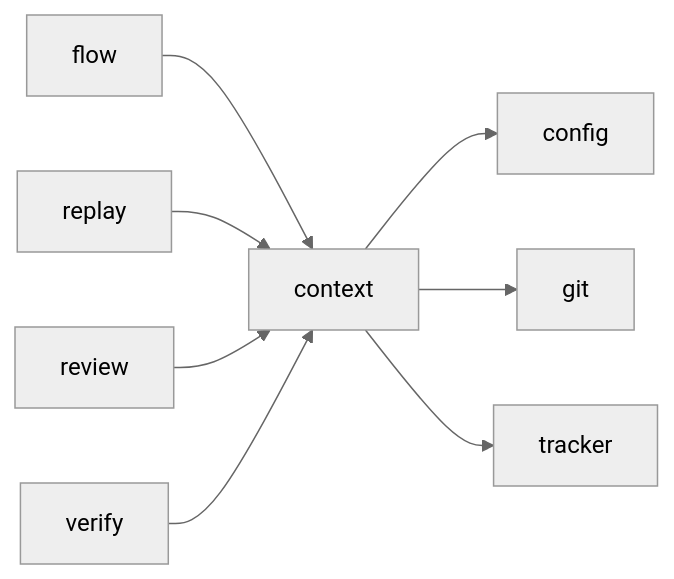
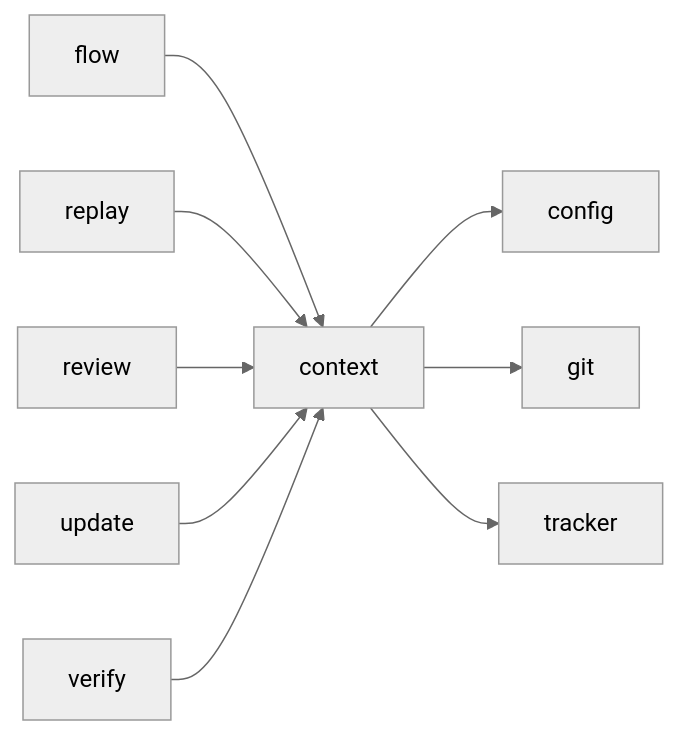
Before and after one commit to plaplanche/ariane: the third of 3 diagrams in docs/architecture/modules/context.md, drawn with Mermaid (neutral theme). The commit also changed 33 other files, not shown here.

````diff
--- a/docs/architecture/modules/context.md
+++ b/docs/architecture/modules/context.md
@@ -80,10 +80,11 @@
 ```mermaid
 flowchart LR
   context --> config
   context --> git
   context --> tracker
   flow --> context
   replay --> context
   review --> context
+  update --> context
   verify --> context
 ```
````
